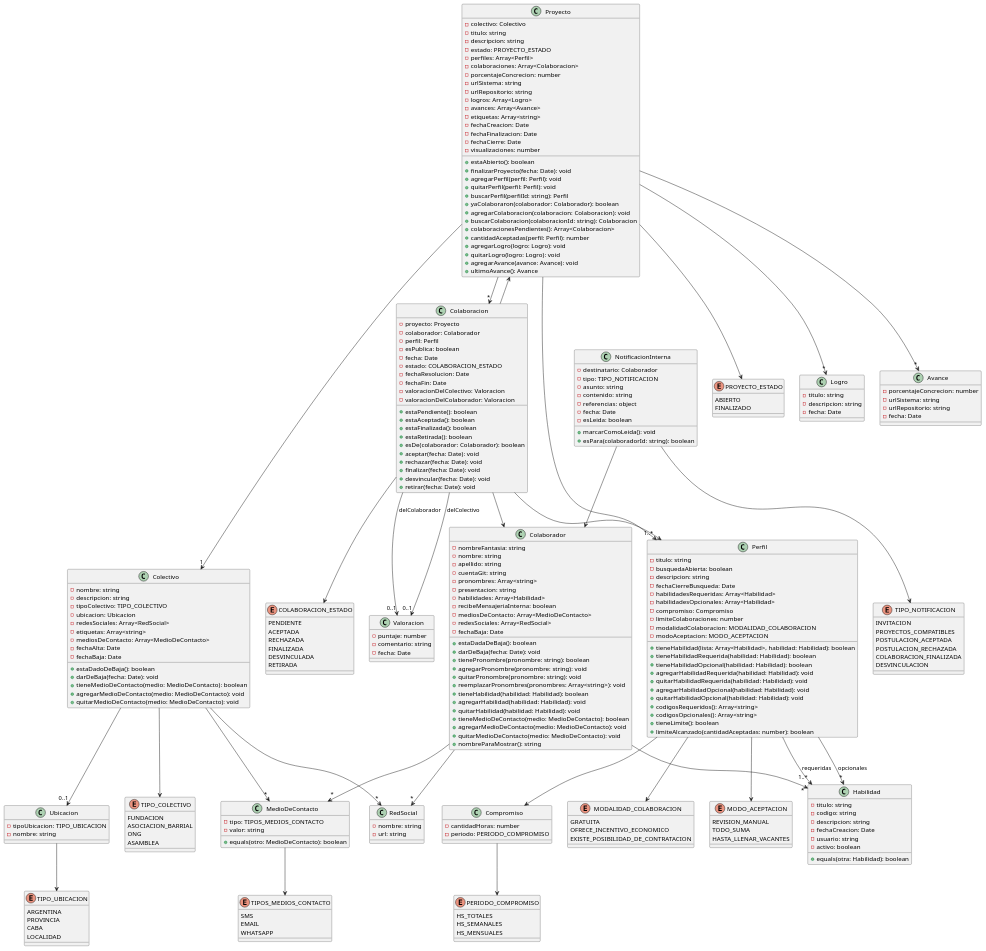
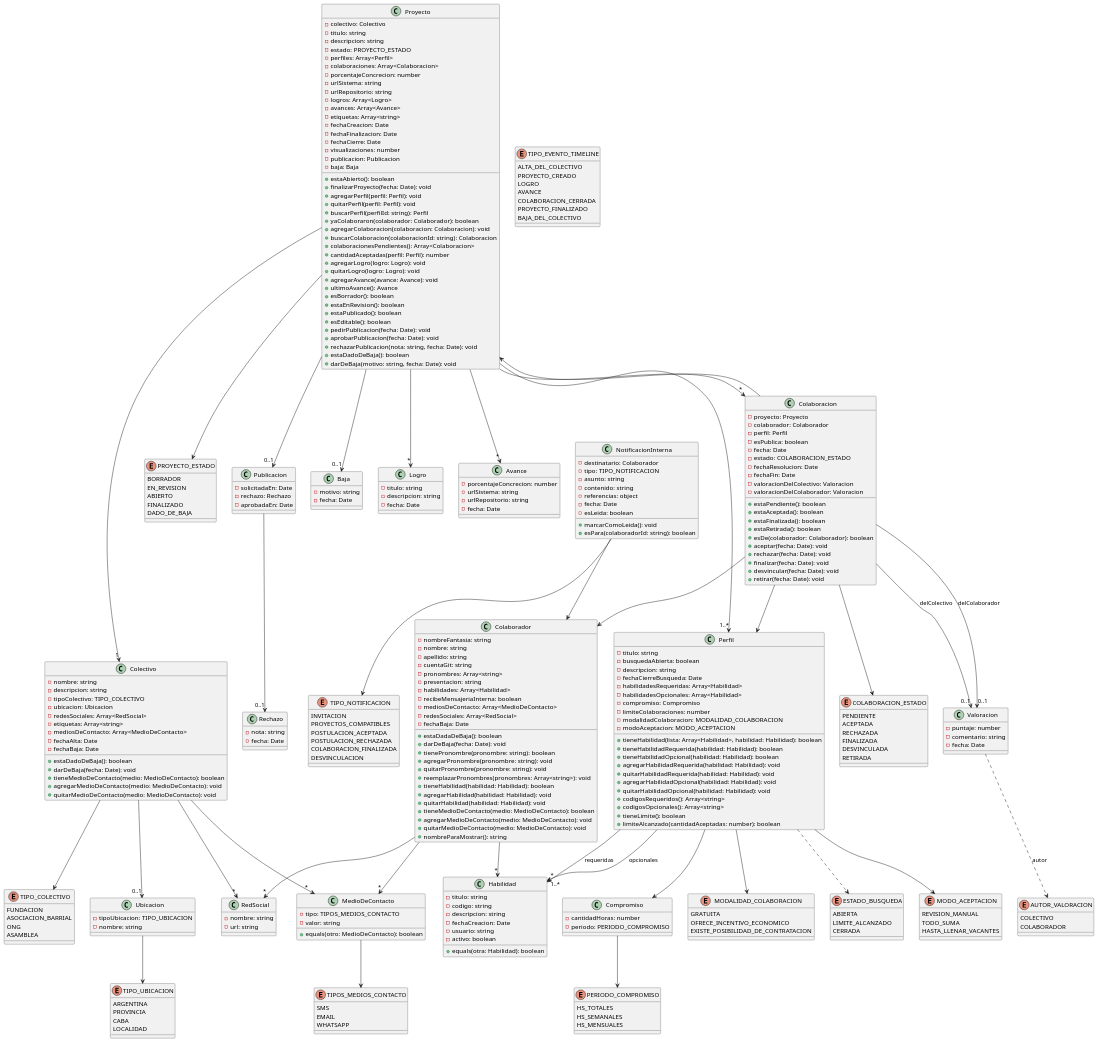
The diagram in diagrama_clases/diagrama_clases.puml (Mazzini123/tp-desarrollo-2c-2026), drawn with PlantUML before and after one commit. The commit also changed 1 other file, not shown here.

Commit message:
Diagrama de clases actualizado

```diff
--- a/diagrama_clases/diagrama_clases.puml
+++ b/diagrama_clases/diagrama_clases.puml
@@ -70,6 +70,8 @@
   -fechaFinalizacion: Date
   -fechaCierre: Date
   -visualizaciones: number
+  -publicacion: Publicacion
+  -baja: Baja
 
   +estaAbierto(): boolean
   +finalizarProyecto(fecha: Date): void
@@ -85,11 +87,39 @@
   +quitarLogro(logro: Logro): void
   +agregarAvance(avance: Avance): void
   +ultimoAvance(): Avance
+  +esBorrador(): boolean
+  +estaEnRevision(): boolean
+  +estaPublicado(): boolean
+  +esEditable(): boolean
+  +pedirPublicacion(fecha: Date): void
+  +aprobarPublicacion(fecha: Date): void
+  +rechazarPublicacion(nota: string, fecha: Date): void
+  +estaDadoDeBaja(): boolean
+  +darDeBaja(motivo: string, fecha: Date): void
 }
 
 enum PROYECTO_ESTADO {
+  BORRADOR
+  EN_REVISION
   ABIERTO
   FINALIZADO
+  DADO_DE_BAJA
+}
+
+class Publicacion {
+  -solicitadaEn: Date
+  -rechazo: Rechazo
+  -aprobadaEn: Date
+}
+
+class Rechazo {
+  -nota: string
+  -fecha: Date
+}
+
+class Baja {
+  -motivo: string
+  -fecha: Date
 }
 
 class Logro {
@@ -107,6 +137,9 @@
 
 Proyecto --> "1" Colectivo
 Proyecto --> PROYECTO_ESTADO
+Proyecto --> "0..1" Publicacion
+Proyecto --> "0..1" Baja
+Publicacion --> "0..1" Rechazo
 Proyecto --> "1..*" Perfil
 Proyecto --> "*" Colaboracion
 Proyecto --> "*" Logro
@@ -156,6 +189,12 @@
   EXISTE_POSIBILIDAD_DE_CONTRATACION
 }
 
+enum ESTADO_BUSQUEDA {
+  ABIERTA
+  LIMITE_ALCANZADO
+  CERRADA
+}
+
 enum MODO_ACEPTACION {
   REVISION_MANUAL
   TODO_SUMA
@@ -176,6 +215,7 @@
 Perfil --> Compromiso
 Perfil --> MODALIDAD_COLABORACION
 Perfil --> MODO_ACEPTACION
+Perfil ..> ESTADO_BUSQUEDA
 Perfil --> "1..*" Habilidad : requeridas
 Perfil --> "*" Habilidad : opcionales
 Compromiso --> PERIODO_COMPROMISO
@@ -220,6 +260,13 @@
   -comentario: string
   -fecha: Date
 }
+
+enum AUTOR_VALORACION {
+  COLECTIVO
+  COLABORADOR
+}
+
+Valoracion ..> AUTOR_VALORACION : autor
 
 Colaboracion --> Proyecto
 Colaboracion --> Colaborador
@@ -303,4 +350,16 @@
 NotificacionInterna --> TIPO_NOTIFICACION
 NotificacionInterna --> Colaborador
 
+' ───────────────────────── Timeline ─────────────────────────
+
+enum TIPO_EVENTO_TIMELINE {
+  ALTA_DEL_COLECTIVO
+  PROYECTO_CREADO
+  LOGRO
+  AVANCE
+  COLABORACION_CERRADA
+  PROYECTO_FINALIZADO
+  BAJA_DEL_COLECTIVO
+}
+
 @enduml
```
